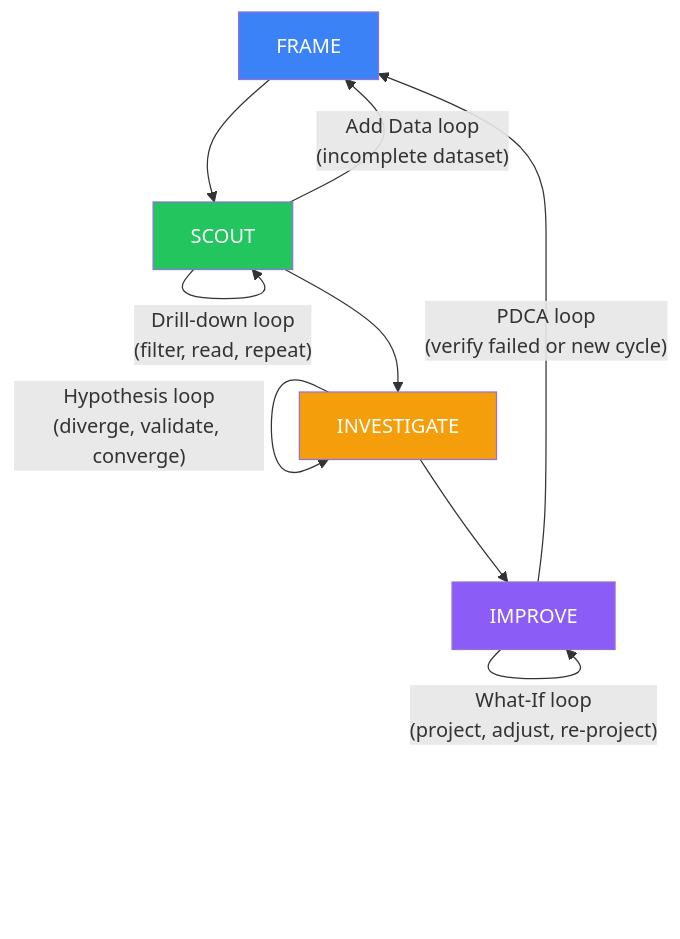
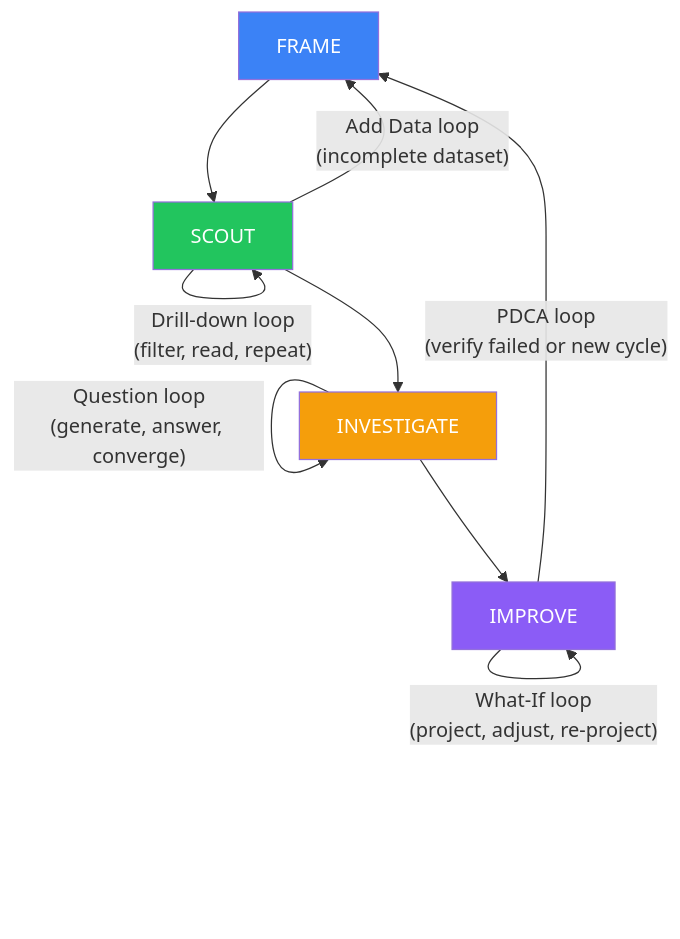
One commit to jukka-matti/variscout changed the eighth of 8 diagrams in docs/03-features/workflows/analysis-journey-map.md. Above: the diagram before and after it, drawn with Mermaid. The commit also changed other lines of this file and 2 other files, not shown here.

First line of the commit message:
docs: update major docs for question-driven investigation model

````diff
--- a/docs/03-features/workflows/analysis-journey-map.md
+++ b/docs/03-features/workflows/analysis-journey-map.md
@@ -415,26 +416,26 @@
 ```mermaid
 flowchart TD
     FRAME["FRAME"] --> SCOUT["SCOUT"]
     SCOUT --> INVESTIGATE["INVESTIGATE"]
     INVESTIGATE --> IMPROVE["IMPROVE"]
 
     %% Drill-down loop (Scout)
     SCOUT -- "Drill-down loop\n(filter, read, repeat)" --> SCOUT
 
-    %% Hypothesis validation loop (Investigate)
-    INVESTIGATE -- "Hypothesis loop\n(diverge, validate, converge)" --> INVESTIGATE
+    %% Question answering loop (Investigate)
+    INVESTIGATE -- "Question loop\n(generate, answer, converge)" --> INVESTIGATE
 
     %% What-If iteration loop (Improve)
     IMPROVE -- "What-If loop\n(project, adjust, re-project)" --> IMPROVE
 
     %% PDCA re-entry loop
     IMPROVE -- "PDCA loop\n(verify failed or new cycle)" --> FRAME
 
     %% Add Data loop
     SCOUT -- "Add Data loop\n(incomplete dataset)" --> FRAME
 
     style FRAME fill:#3b82f6,color:#fff
     style SCOUT fill:#22c55e,color:#fff
     style INVESTIGATE fill:#f59e0b,color:#fff
     style IMPROVE fill:#8b5cf6,color:#fff
 ```
````
